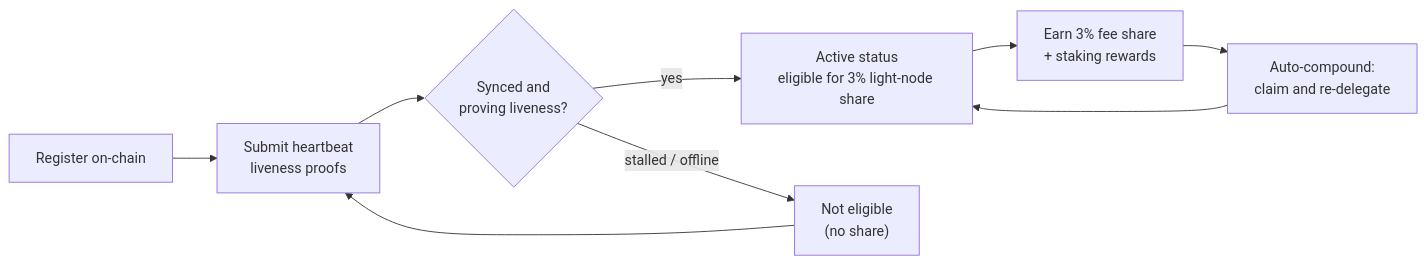
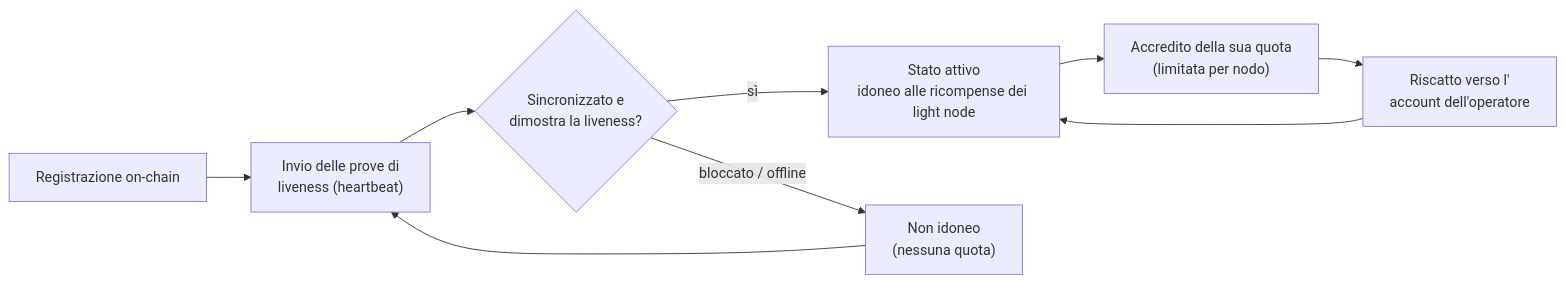
One commit to qorechain/qorechain-docs changed the diagram in i18n/it/docusaurus-plugin-content-docs/current/light-node/rewards-and-monitoring.md. Above: the diagram before and after it, drawn with Mermaid. The commit also changed other lines of this file and 1055 other files, not shown here.

````diff
--- a/i18n/it/docusaurus-plugin-content-docs/current/light-node/rewards-and-monitoring.md
+++ b/i18n/it/docusaurus-plugin-content-docs/current/light-node/rewards-and-monitoring.md
@@ -34,11 +40,11 @@
 ```mermaid
 flowchart LR
-    A["Register on-chain"] --> B["Submit heartbeat<br/>liveness proofs"]
-    B --> C{"Synced and<br/>proving liveness?"}
-    C -- "yes" --> D["Active status<br/>eligible for 3% light-node share"]
-    C -- "stalled / offline" --> E["Not eligible<br/>(no share)"]
+    A["Registrazione on-chain"] --> B["Invio delle prove di<br/>liveness (heartbeat)"]
+    B --> C{"Sincronizzato e<br/>dimostra la liveness?"}
+    C -- "sì" --> D["Stato attivo<br/>idoneo alle ricompense dei light node"]
+    C -- "bloccato / offline" --> E["Non idoneo<br/>(nessuna quota)"]
     E --> B
-    D --> F["Earn 3% fee share<br/>+ staking rewards"]
-    F --> G["Auto-compound:<br/>claim and re-delegate"]
+    D --> F["Accredito della sua quota<br/>(limitata per nodo)"]
+    F --> G["Riscatto verso l'<br/>account dell'operatore"]
     G --> D
 ```
````
